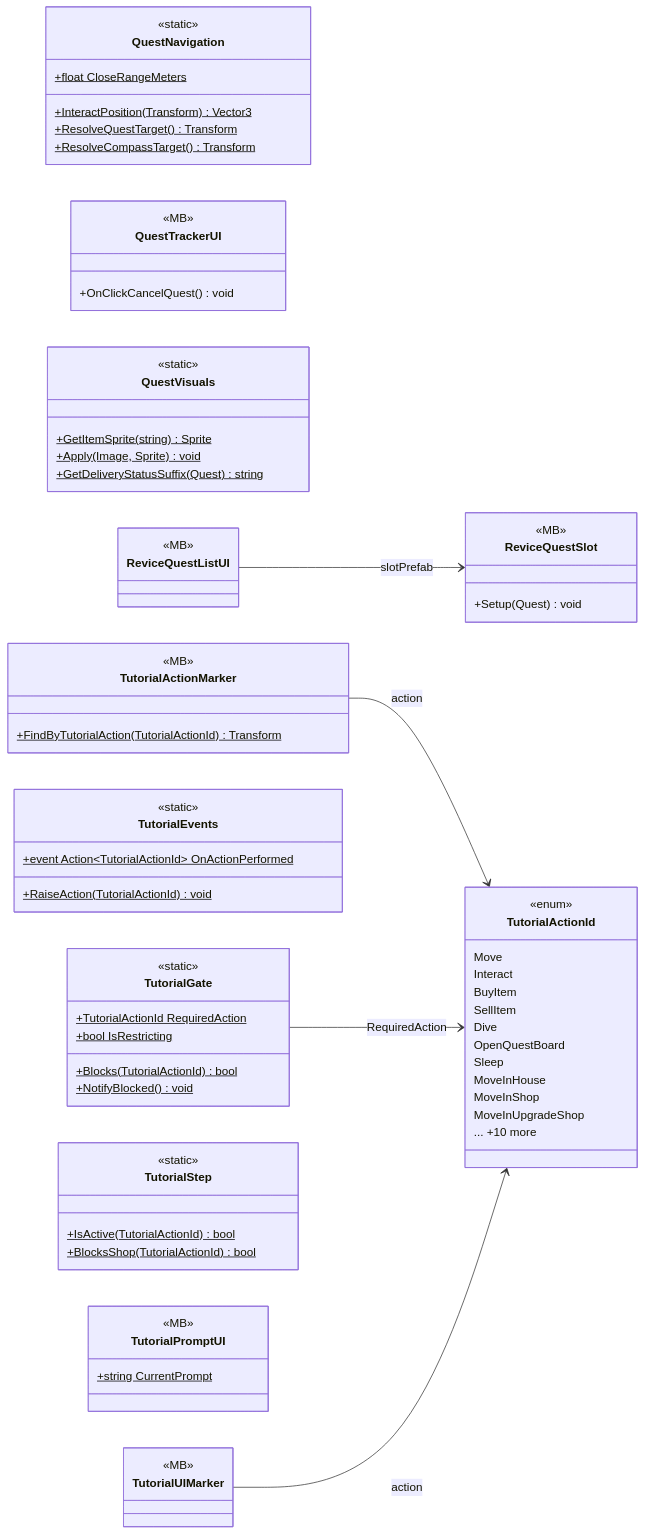
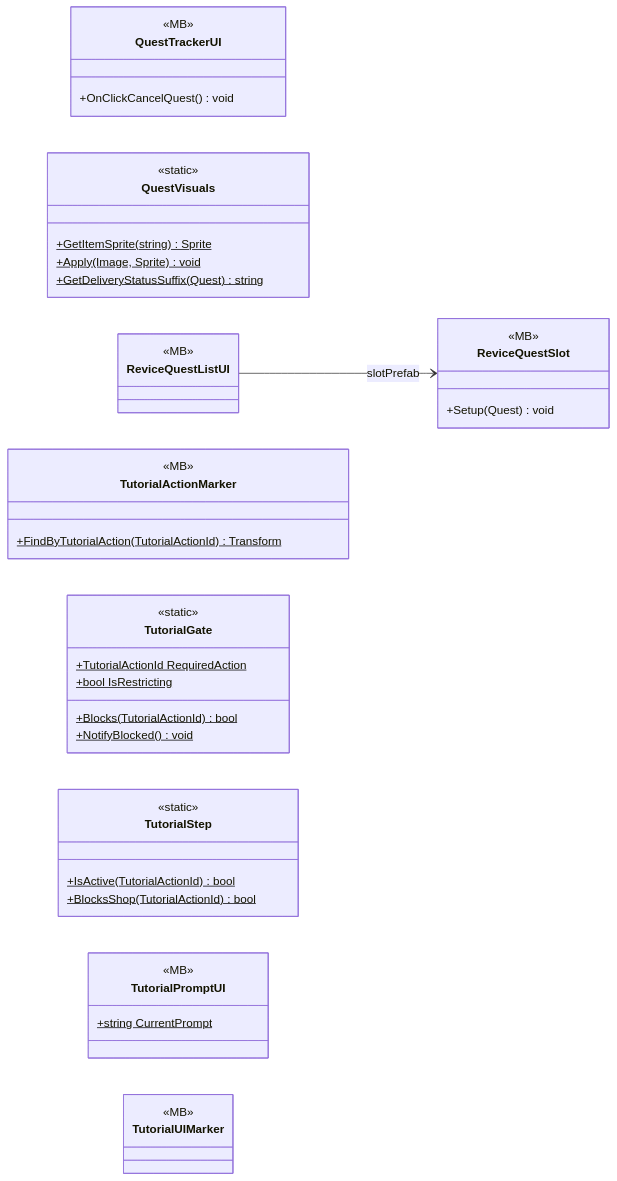
The second of 2 diagrams in docs/uml/modules/Gameplay_QuestSystems_Quest.md (PhumipatWave/project-ocean), drawn with Mermaid before and after one commit. The commit also changed other lines of this file and 191 other files, not shown here.

````diff
--- a/docs/uml/modules/Gameplay_QuestSystems_Quest.md
+++ b/docs/uml/modules/Gameplay_QuestSystems_Quest.md
@@ -250,74 +252,45 @@
 ```mermaid
 classDiagram
   direction LR
-  class QuestNavigation {
-    <<static>>
-    +float CloseRangeMeters$
-    +InteractPosition(Transform)$ Vector3
-    +ResolveQuestTarget()$ Transform
-    +ResolveCompassTarget()$ Transform
-  }
   class QuestTrackerUI {
     <<MB>>
     +OnClickCancelQuest() void
   }
   class QuestVisuals {
     <<static>>
     +GetItemSprite(string)$ Sprite
     +Apply(Image, Sprite)$ void
     +GetDeliveryStatusSuffix(Quest)$ string
   }
   class ReviceQuestListUI {
     <<MB>>
   }
   class ReviceQuestSlot {
     <<MB>>
     +Setup(Quest) void
   }
   class TutorialActionMarker {
     <<MB>>
     +FindByTutorialAction(TutorialActionId)$ Transform
   }
-  class TutorialActionId {
-    <<enum>>
-    Move
-    Interact
-    BuyItem
-    SellItem
-    Dive
-    OpenQuestBoard
-    Sleep
-    MoveInHouse
-    MoveInShop
-    MoveInUpgradeShop
-    ... +10 more
-  }
-  class TutorialEvents {
-    <<static>>
-    +event Action~TutorialActionId~ OnActionPerformed$
-    +RaiseAction(TutorialActionId)$ void
-  }
   class TutorialGate {
     <<static>>
     +TutorialActionId RequiredAction$
     +bool IsRestricting$
     +Blocks(TutorialActionId)$ bool
     +NotifyBlocked()$ void
   }
   class TutorialStep {
     <<static>>
     +IsActive(TutorialActionId)$ bool
     +BlocksShop(TutorialActionId)$ bool
   }
   class TutorialPromptUI {
     <<MB>>
     +string CurrentPrompt$
   }
   class TutorialUIMarker {
     <<MB>>
   }
   ReviceQuestListUI --> ReviceQuestSlot : slotPrefab
-  TutorialActionMarker --> TutorialActionId : action
-  TutorialGate --> TutorialActionId : RequiredAction
-  TutorialUIMarker --> TutorialActionId : action
 ```
````
